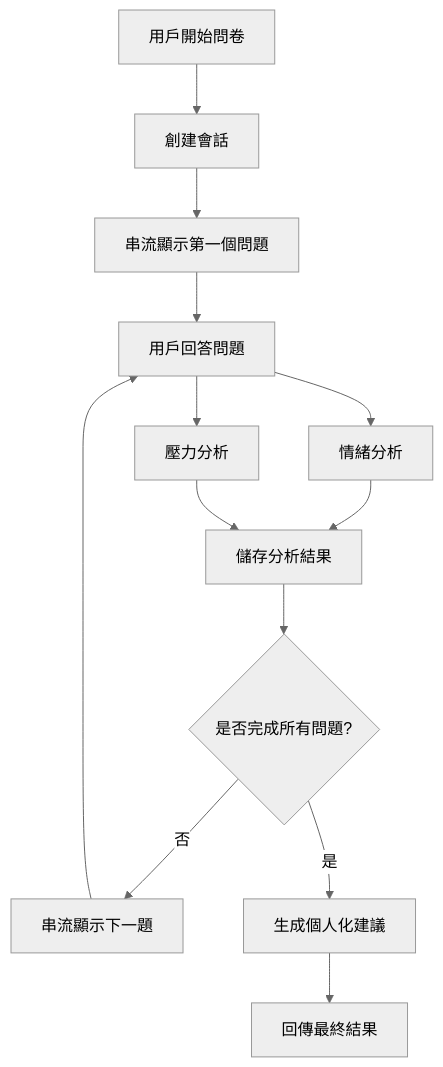
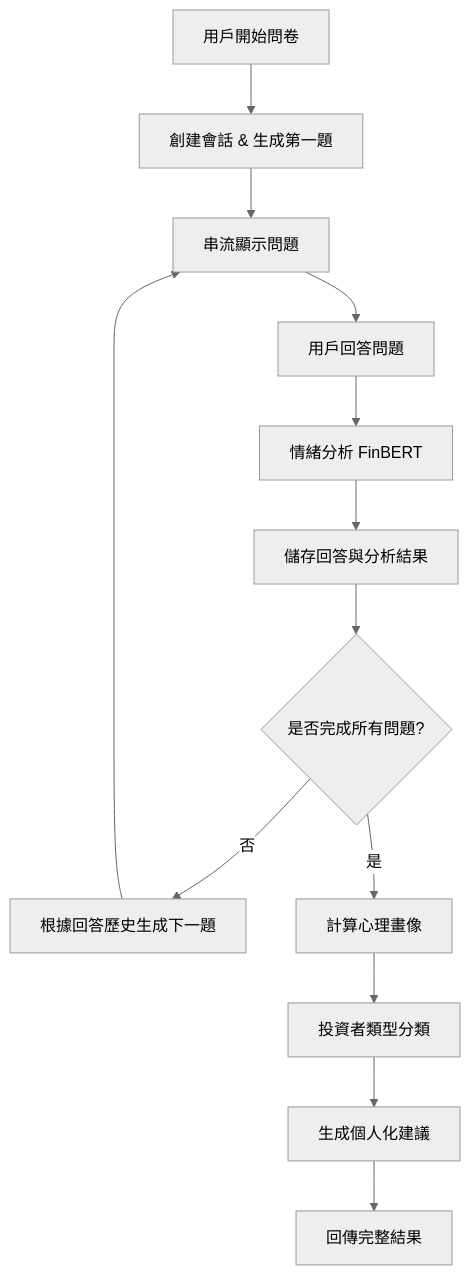
The diagram in README.md (fintech-studio/psychology), drawn with Mermaid (neutral theme) before and after one commit. The commit also changed other lines of this file, not shown here.

````diff
--- a/README.md
+++ b/README.md
@@ -206,15 +225,15 @@
 ```mermaid
 graph TD
-    A[用戶開始問卷] --> B[創建會話]
-    B --> C[串流顯示第一個問題]
+    A[用戶開始問卷] --> B[創建會話 & 生成第一題]
+    B --> C[串流顯示問題]
     C --> D[用戶回答問題]
-    D --> E[情緒分析]
-    D --> F[壓力分析]
-    E --> G[儲存分析結果]
-    F --> G
-    G --> H{是否完成所有問題?}
-    H -->|否| I[串流顯示下一題]
-    I --> D
-    H -->|是| J[生成個人化建議]
-    J --> K[回傳最終結果]
+    D --> E[情緒分析 FinBERT]
+    E --> F[儲存回答與分析結果]
+    F --> G{是否完成所有問題?}
+    G -->|否| H[根據回答歷史生成下一題]
+    H --> C
+    G -->|是| I[計算心理畫像]
+    I --> J[投資者類型分類]
+    J --> K[生成個人化建議]
+    K --> L[回傳完整結果]
 ```
````
